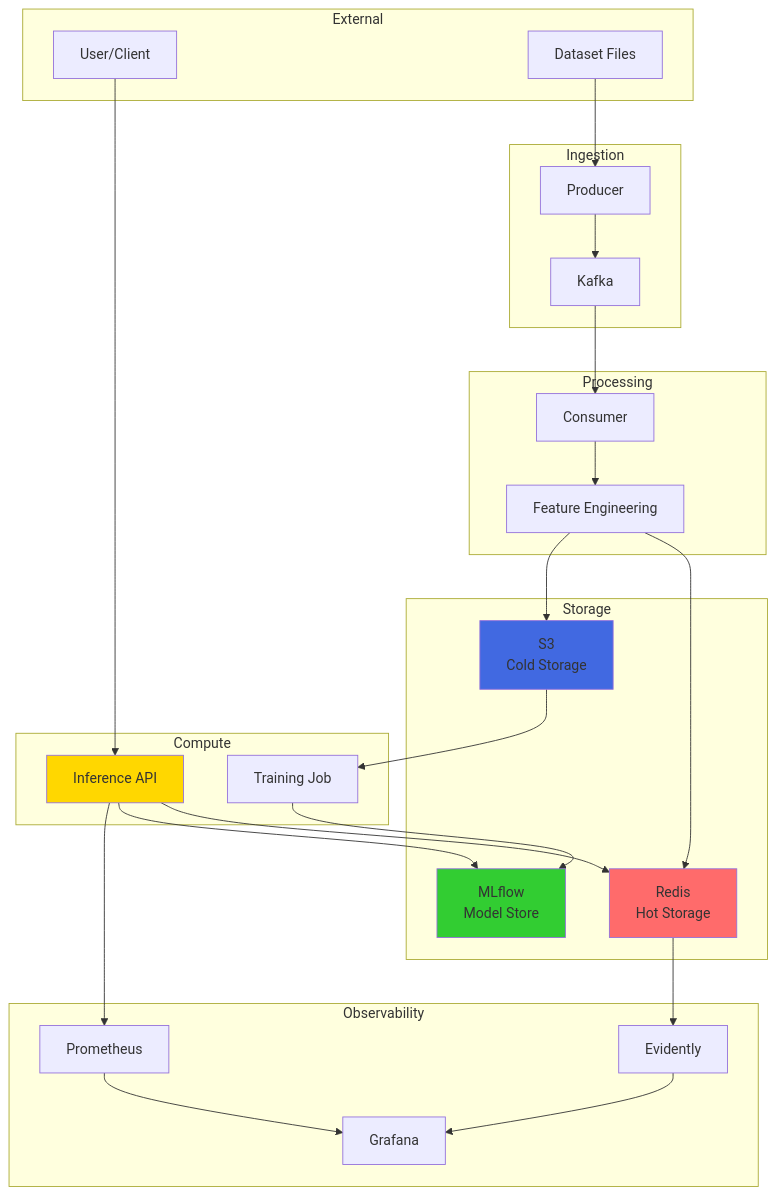
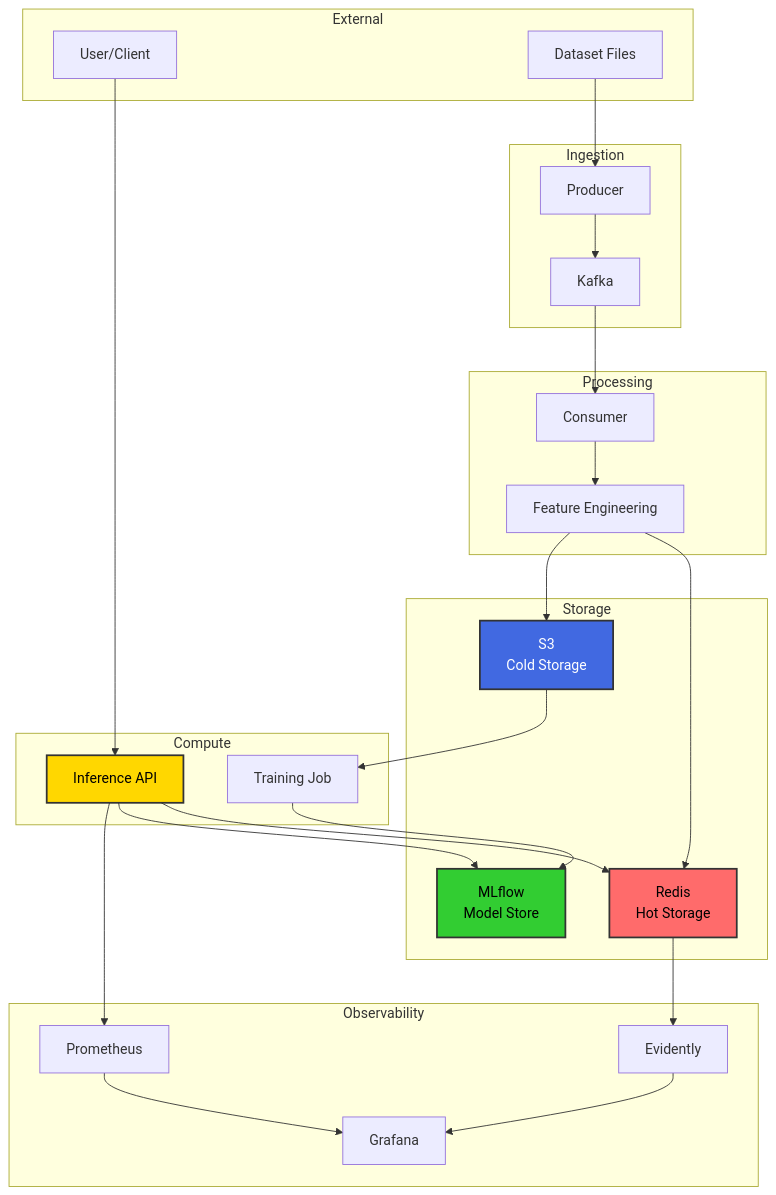
The third of 8 diagrams in docs/09_architecture.md (nasim-raj-laskar/Real-Time-Aircraft-Engine-Predictive-Maintenance-System), drawn with Mermaid before and after one commit. The commit also changed other lines of this file and 8 other files, not shown here.

````diff
--- a/docs/09_architecture.md
+++ b/docs/09_architecture.md
@@ -103,56 +103,56 @@
 ```mermaid
 graph TB
     subgraph External
         U[User/Client]
         D[Dataset Files]
     end
     
     subgraph Ingestion
         P[Producer]
         K[Kafka]
     end
     
     subgraph Processing
         C[Consumer]
         FE[Feature Engineering]
     end
     
     subgraph Storage
         R[Redis<br/>Hot Storage]
         S[S3<br/>Cold Storage]
         ML[MLflow<br/>Model Store]
     end
     
     subgraph Compute
         T[Training Job]
         I[Inference API]
     end
     
     subgraph Observability
         PR[Prometheus]
         G[Grafana]
         E[Evidently]
     end
     
     D --> P
     P --> K
     K --> C
     C --> FE
     FE --> R
     FE --> S
     S --> T
     T --> ML
     
     U --> I
     I --> R
     I --> ML
     I --> PR
     PR --> G
     R --> E
     E --> G
     
-    style R fill:#FF6B6B
-    style S fill:#4169E1
-    style ML fill:#32CD32
-    style I fill:#FFD700
+    style R fill:#FF6B6B,stroke:#333,stroke-width:2px,color:#000
+    style S fill:#4169E1,stroke:#333,stroke-width:2px,color:#fff
+    style ML fill:#32CD32,stroke:#333,stroke-width:2px,color:#000
+    style I fill:#FFD700,stroke:#333,stroke-width:2px,color:#000
 ```
````
